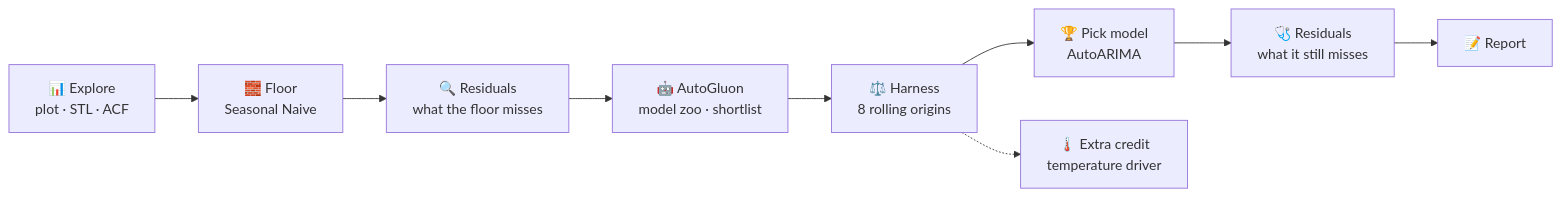
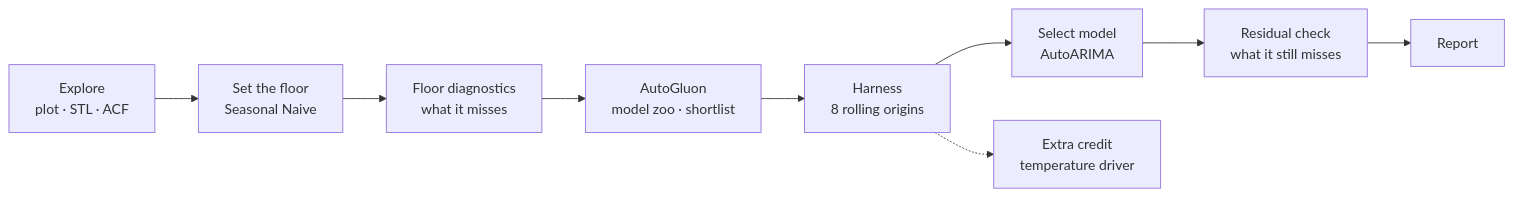
The diagram in README.md (Layanharbi9/air-passengers-forecasting), drawn with Mermaid before and after one commit. The commit also changed other lines of this file, not shown here.

````diff
--- a/README.md
+++ b/README.md
@@ -59,11 +149,11 @@
 ```mermaid
 flowchart LR
-    A[📊 Explore<br/>plot · STL · ACF] --> B[🧱 Floor<br/>Seasonal Naive]
-    B --> C[🔍 Residuals<br/>what the floor misses]
-    C --> D[🤖 AutoGluon<br/>model zoo · shortlist]
-    D --> E[⚖️ Harness<br/>8 rolling origins]
-    E --> F[🏆 Pick model<br/>AutoARIMA]
-    F --> G[🩺 Residuals<br/>what it still misses]
-    G --> H[📝 Report]
-    E -.-> X[🌡️ Extra credit<br/>temperature driver]
+    A[Explore<br/>plot · STL · ACF] --> B[Set the floor<br/>Seasonal Naive]
+    B --> C[Floor diagnostics<br/>what it misses]
+    C --> D[AutoGluon<br/>model zoo · shortlist]
+    D --> E[Harness<br/>8 rolling origins]
+    E --> F[Select model<br/>AutoARIMA]
+    F --> G[Residual check<br/>what it still misses]
+    G --> H[Report]
+    E -.-> X[Extra credit<br/>temperature driver]
 ```
````
